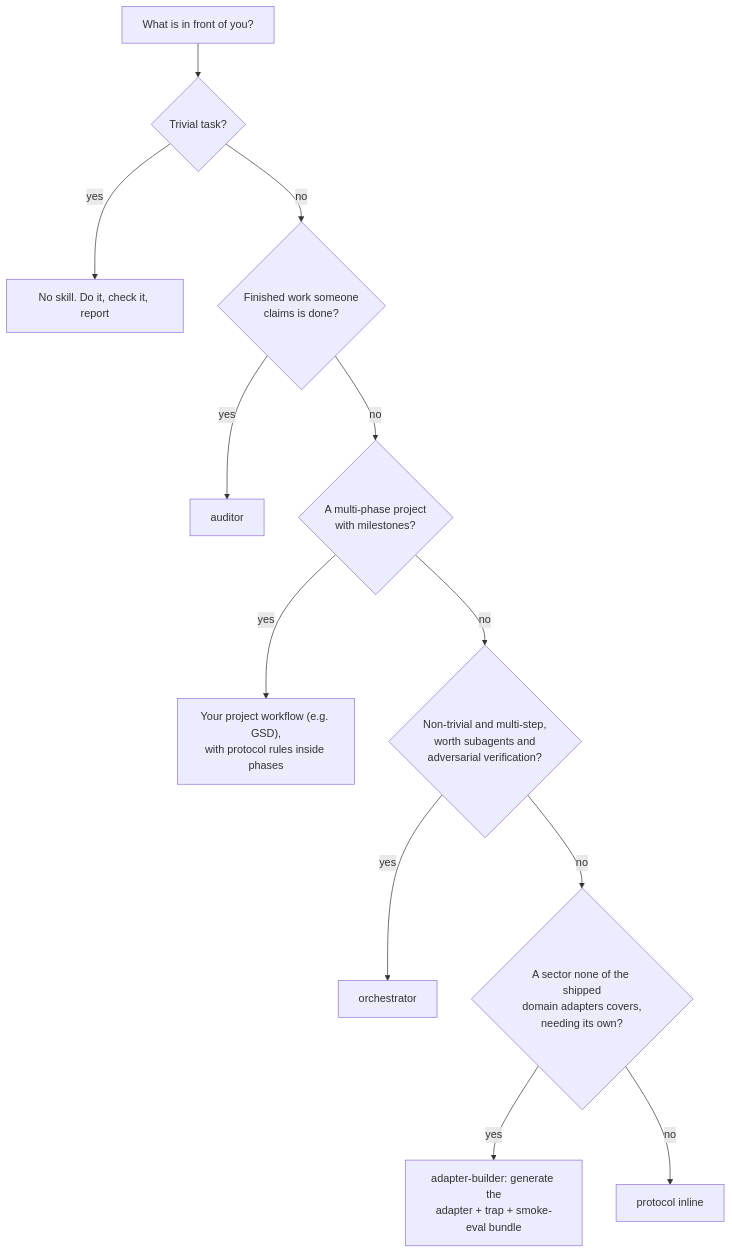
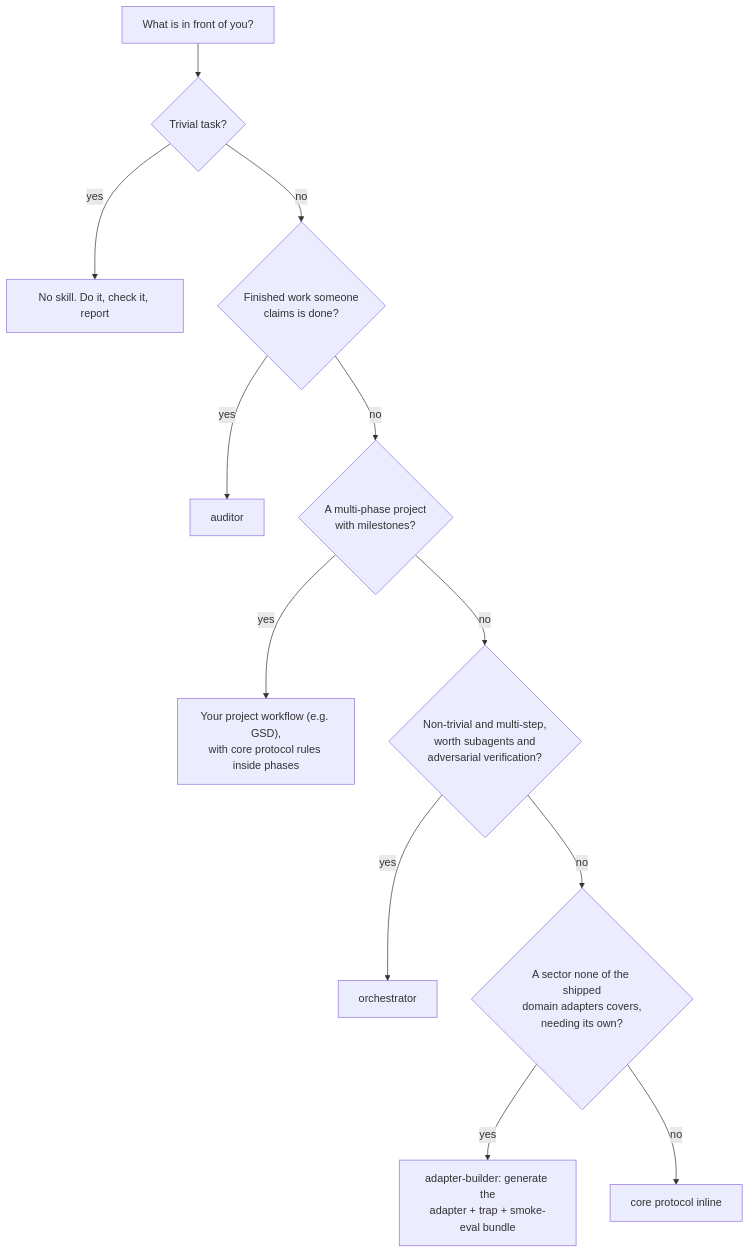
Before and after one commit to JubileeZ/Alpha-Zero-G: the eighth of 8 diagrams in wip/fable-method/compressed/references/flowcharts.md, drawn with Mermaid. The commit also changed other lines of this file and 22 other files, not shown here.

````diff
--- a/wip/fable-method/compressed/references/flowcharts.md
+++ b/wip/fable-method/compressed/references/flowcharts.md
@@ -124,14 +124,14 @@
 ```mermaid
 flowchart TD
     Q["What is in front of you?"] --> A{"Trivial task?"}
     A -->|yes| NONE["No skill. Do it, check it, report"]
     A -->|no| B{"Finished work someone<br/>claims is done?"}
     B -->|yes| J["auditor"]
     B -->|no| C{"A multi-phase project<br/>with milestones?"}
-    C -->|yes| G["Your project workflow (e.g. GSD),<br/>with protocol rules inside phases"]
+    C -->|yes| G["Your project workflow (e.g. GSD),<br/>with core protocol rules inside phases"]
     C -->|no| D{"Non-trivial and multi-step,<br/>worth subagents and<br/>adversarial verification?"}
     D -->|yes| L["orchestrator"]
     D -->|no| E{"A sector none of the shipped<br/>domain adapters covers,<br/>needing its own?"}
     E -->|yes| FD["adapter-builder: generate the<br/>adapter + trap + smoke-eval bundle"]
-    E -->|no| M["protocol inline"]
+    E -->|no| M["core protocol inline"]
 ```
````
